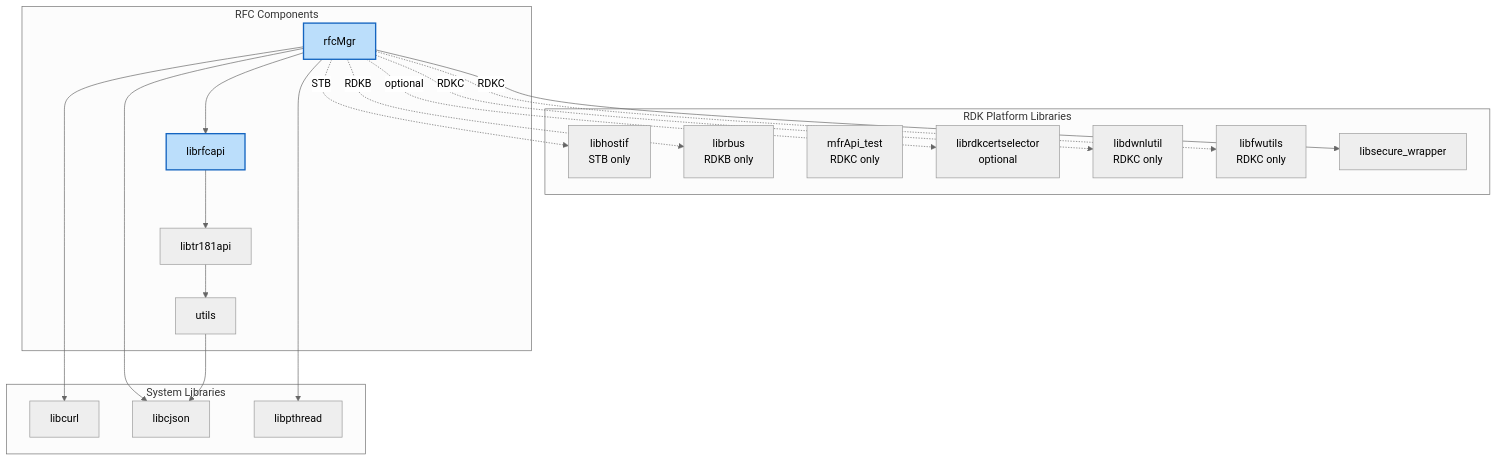
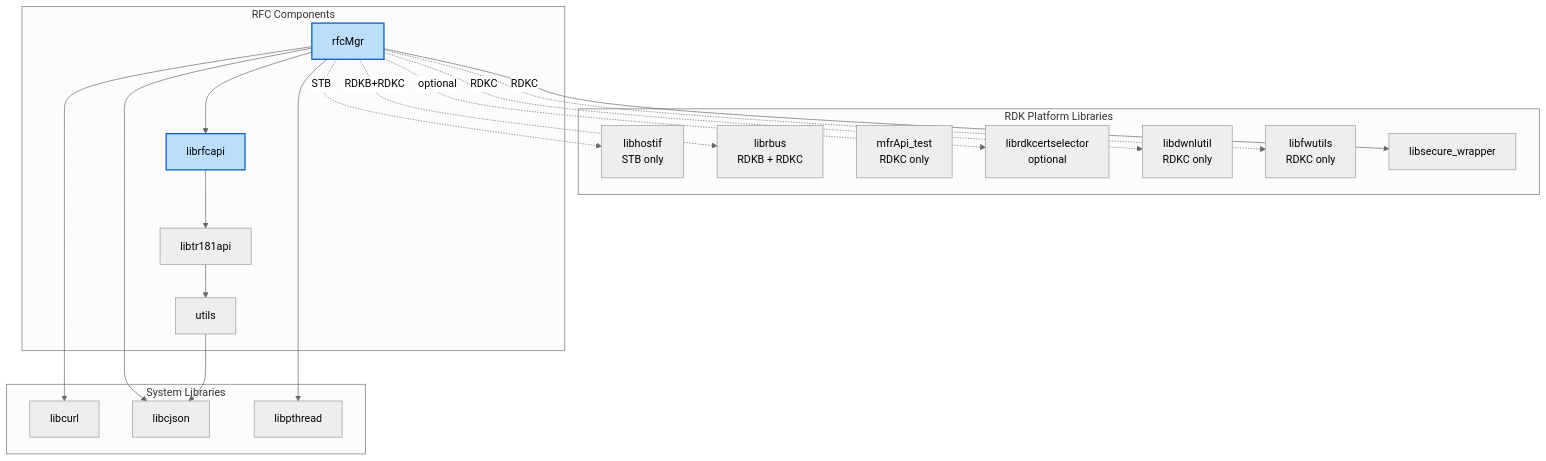
Before and after one commit to rdkcentral/rfc: the fifth of 6 diagrams in docs/architecture.md, drawn with Mermaid (neutral theme). The commit also changed other lines of this file and 3 other files, not shown here.

````diff
--- a/docs/architecture.md
+++ b/docs/architecture.md
@@ -308,42 +302,42 @@
 ```mermaid
 graph TD
     subgraph "System Libraries"
         CURL[libcurl]
         CJSON[libcjson]
         PTHREAD[libpthread]
     end
 
     subgraph "RDK Platform Libraries"
         HOSTIF[libhostif<br/>STB only]
-        RBUS[librbus<br/>RDKB only]
+        RBUS[librbus<br/>RDKB + RDKC]
         MFRAPI[mfrApi_test<br/>RDKC only]
         CERTSELECTOR[librdkcertselector<br/>optional]
         DWNLUTIL[libdwnlutil<br/>RDKC only]
         FWUTILS[libfwutils<br/>RDKC only]
         SECWRAP[libsecure_wrapper]
     end
 
     subgraph "RFC Components"
         RFCMGR[rfcMgr]
         RFCAPI[librfcapi]
         TR181API[libtr181api]
         UTILS_LIB[utils]
     end
 
     RFCMGR --> CURL
     RFCMGR --> CJSON
     RFCMGR --> PTHREAD
     RFCMGR --> SECWRAP
     RFCMGR --> RFCAPI
     RFCMGR -.->|STB| HOSTIF
-    RFCMGR -.->|RDKB| RBUS
+    RFCMGR -.->|RDKB+RDKC| RBUS
     RFCMGR -.->|RDKC| DWNLUTIL
     RFCMGR -.->|RDKC| FWUTILS
     RFCMGR -.->|optional| CERTSELECTOR
     RFCAPI --> TR181API
     TR181API --> UTILS_LIB
     UTILS_LIB --> CJSON
 
     style RFCMGR fill:#bbdefb,stroke:#1565c0,stroke-width:2px
     style RFCAPI fill:#bbdefb,stroke:#1565c0,stroke-width:2px
 ```
````
